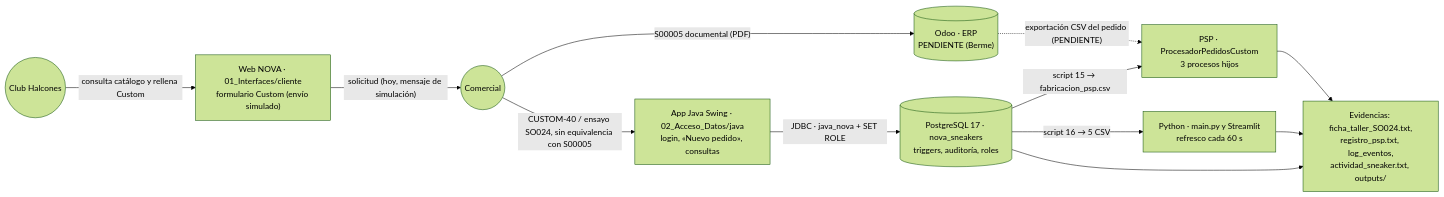
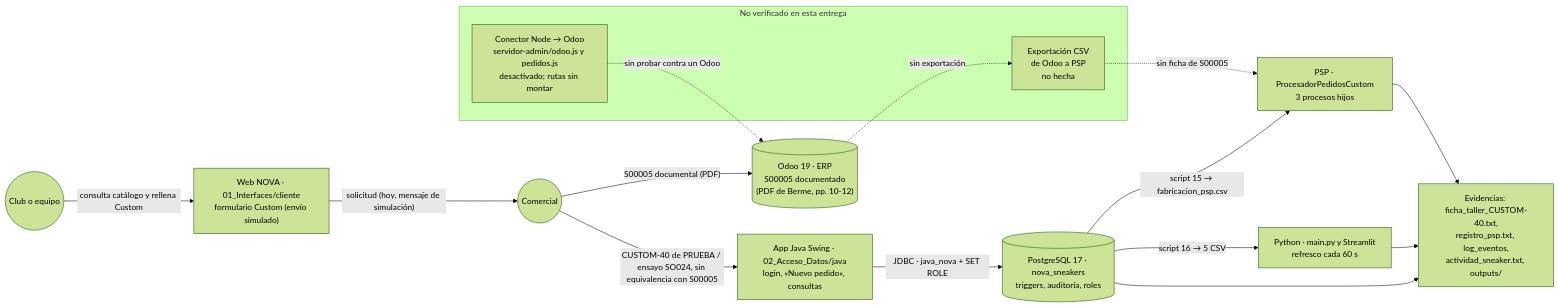
Before and after one commit to omar1676/NOVA: the first of 2 diagrams in 06_Intermodular/memoria/MEMORIA.md, drawn with Mermaid (forest theme). The commit also changed other lines of this file and 40 other files, not shown here.

Commit message:
Correct the documentation and add the joint Interfaces, PSP and Odoo report

````diff
--- a/06_Intermodular/memoria/MEMORIA.md
+++ b/06_Intermodular/memoria/MEMORIA.md
@@ -95,24 +94,31 @@
 ```mermaid
 flowchart LR
-  CLI((Club Halcones))
+  CLI((Club o equipo))
   WEB["Web NOVA · 01_Interfaces/cliente<br/>formulario Custom (envío simulado)"]
   COM((Comercial))
-  ODOO[("Odoo · ERP<br/>PENDIENTE (Berme)")]
+  ODOO[("Odoo 19 · ERP<br/>S00005 documentado<br/>(PDF de Berme, pp. 10-12)")]
   JAVA["App Java Swing · 02_Acceso_Datos/java<br/>login, «Nuevo pedido», consultas"]
   PG[("PostgreSQL 17 · nova_sneakers<br/>triggers, auditoría, roles")]
   PSP["PSP · ProcesadorPedidosCustom<br/>3 procesos hijos"]
   PY["Python · main.py y Streamlit<br/>refresco cada 60 s"]
-  EV["Evidencias: ficha_taller_SO024.txt,<br/>registro_psp.txt, log_eventos,<br/>actividad_sneaker.txt, outputs/"]
+  EV["Evidencias: ficha_taller_CUSTOM-40.txt,<br/>registro_psp.txt, log_eventos,<br/>actividad_sneaker.txt, outputs/"]
+
+  subgraph NOVER["No verificado en esta entrega"]
+    CON["Conector Node → Odoo<br/>servidor-admin/odoo.js y pedidos.js<br/>desactivado; rutas sin montar"]
+    EXP["Exportación CSV<br/>de Odoo a PSP<br/>no hecha"]
+  end
 
   CLI -- "consulta catálogo y rellena Custom" --> WEB
   WEB -- "solicitud (hoy, mensaje de simulación)" --> COM
   COM -- "S00005 documental (PDF)" --> ODOO
-  COM -- "CUSTOM-40 / ensayo SO024, sin equivalencia con S00005" --> JAVA
+  COM -- "CUSTOM-40 de PRUEBA / ensayo SO024, sin equivalencia con S00005" --> JAVA
   JAVA -- "JDBC · java_nova + SET ROLE" --> PG
   PG -- "script 15 → fabricacion_psp.csv" --> PSP
-  ODOO -. "exportación CSV del pedido (PENDIENTE)" .-> PSP
   PG -- "script 16 → 5 CSV" --> PY
   PSP --> EV
   PG --> EV
   PY --> EV
+  CON -. "sin probar contra un Odoo" .-> ODOO
+  ODOO -. "sin exportación" .-> EXP
+  EXP -. "sin ficha de S00005" .-> PSP
 ```
````
